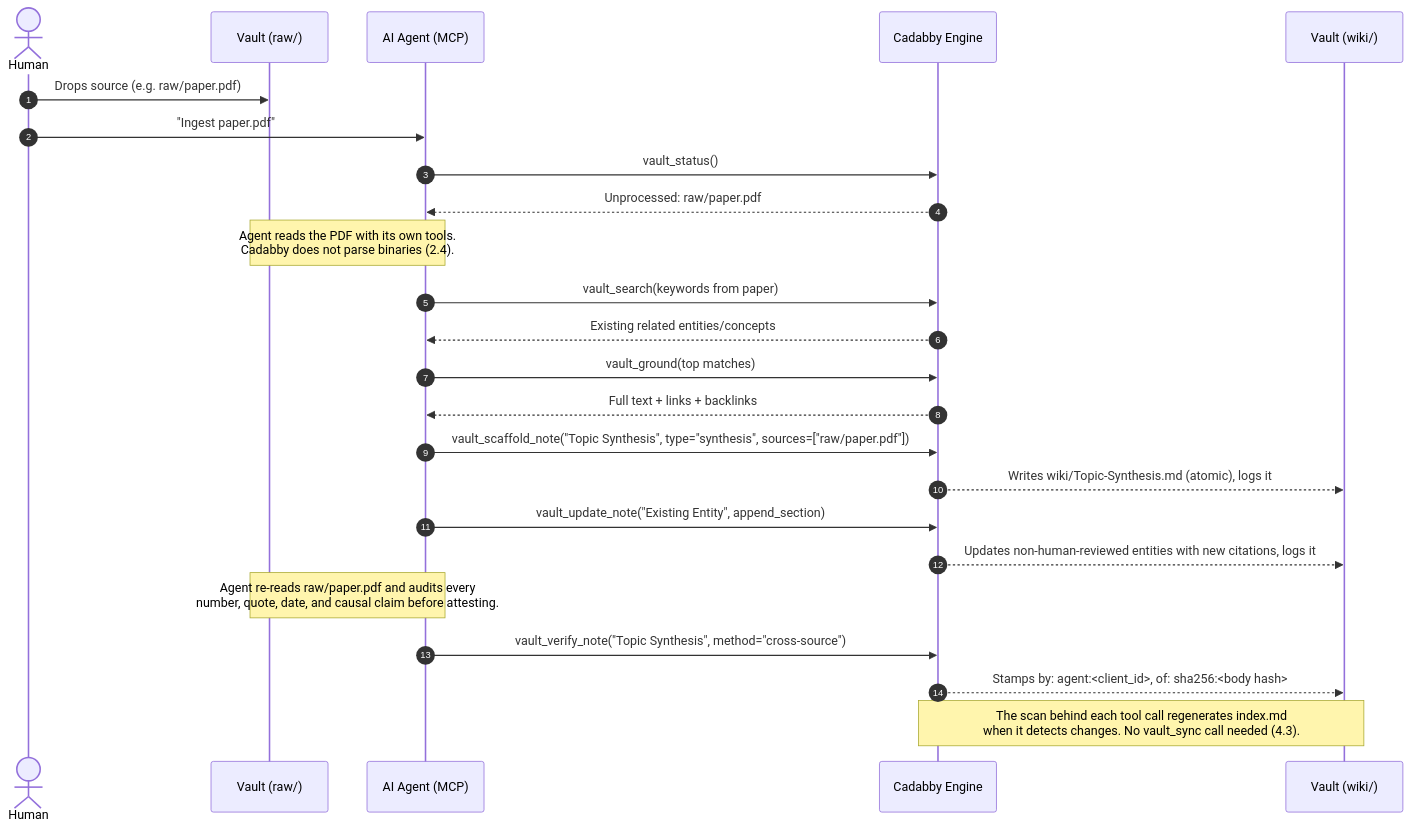
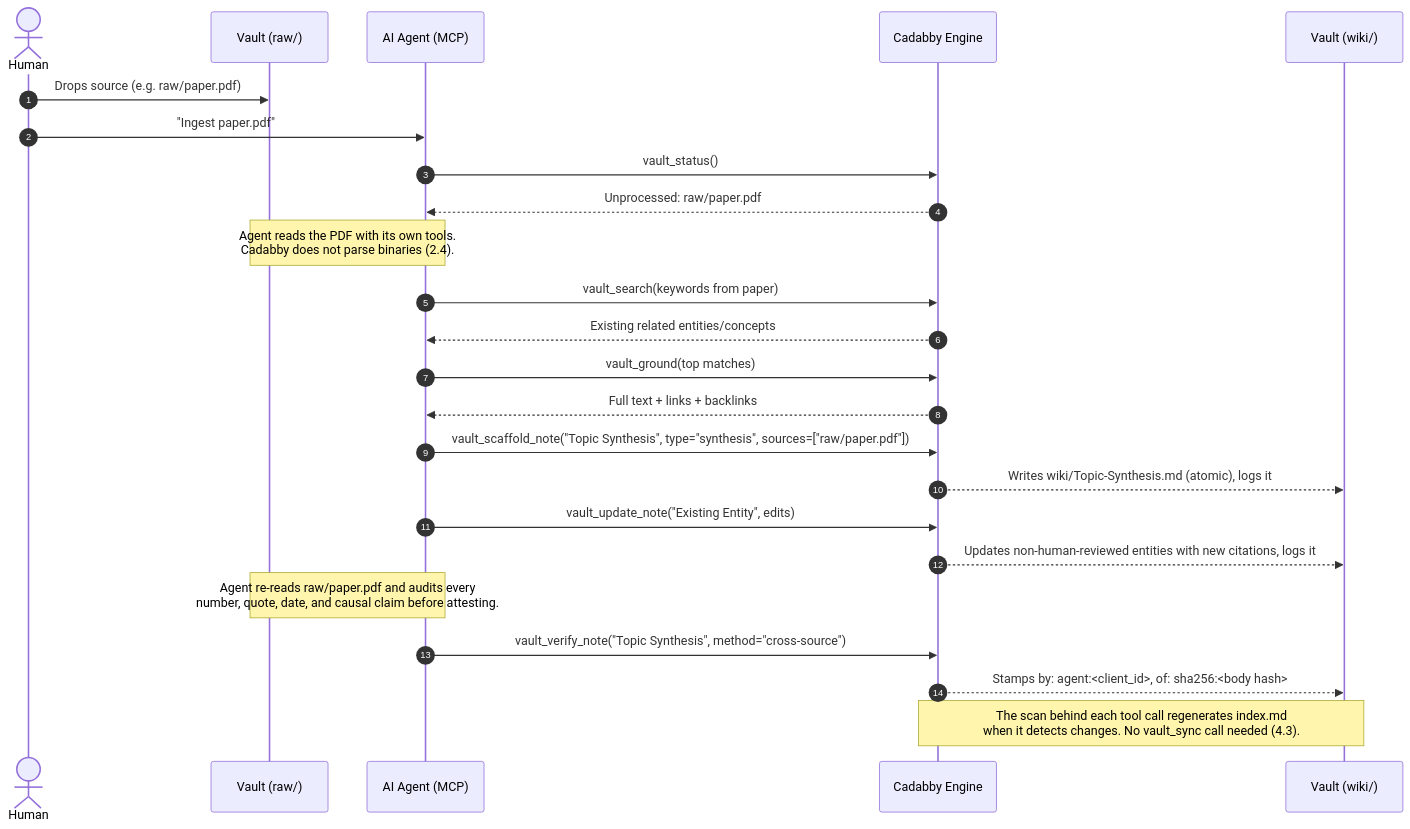
The second of 2 diagrams in SPECIFICATION.md (naikoob/cadabby), drawn with Mermaid before and after one commit. The commit also changed other lines of this file and 3 other files, not shown here.

````diff
--- a/SPECIFICATION.md
+++ b/SPECIFICATION.md
@@ -784,27 +784,27 @@
 ```mermaid
 sequenceDiagram
     autonumber
     actor H as Human
     participant V as Vault (raw/)
     participant A as AI Agent (MCP)
     participant C as Cadabby Engine
     participant W as Vault (wiki/)
 
     H->>V: Drops source (e.g. raw/paper.pdf)
     H->>A: "Ingest paper.pdf"
     A->>C: vault_status()
     C-->>A: Unprocessed: raw/paper.pdf
     Note over A,V: Agent reads the PDF with its own tools.<br/>Cadabby does not parse binaries (2.4).
     A->>C: vault_search(keywords from paper)
     C-->>A: Existing related entities/concepts
     A->>C: vault_ground(top matches)
     C-->>A: Full text + links + backlinks
     A->>C: vault_scaffold_note("Topic Synthesis", type="synthesis", sources=["raw/paper.pdf"])
     C-->>W: Writes wiki/Topic-Synthesis.md (atomic), logs it
-    A->>C: vault_update_note("Existing Entity", append_section)
+    A->>C: vault_update_note("Existing Entity", edits)
     C-->>W: Updates non-human-reviewed entities with new citations, logs it
     Note over A,V: Agent re-reads raw/paper.pdf and audits every<br/>number, quote, date, and causal claim before attesting.
     A->>C: vault_verify_note("Topic Synthesis", method="cross-source")
     C-->>W: Stamps by: agent:<client_id>, of: sha256:<body hash>
     Note over C,W: The scan behind each tool call regenerates index.md<br/>when it detects changes. No vault_sync call needed (4.3).
 ```
````
